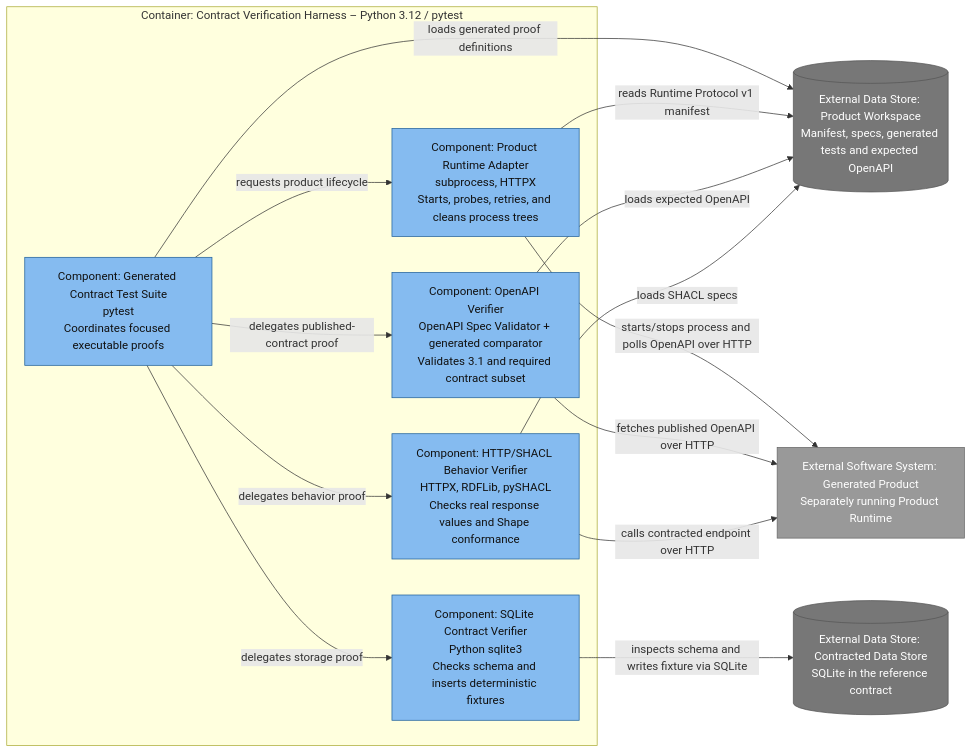
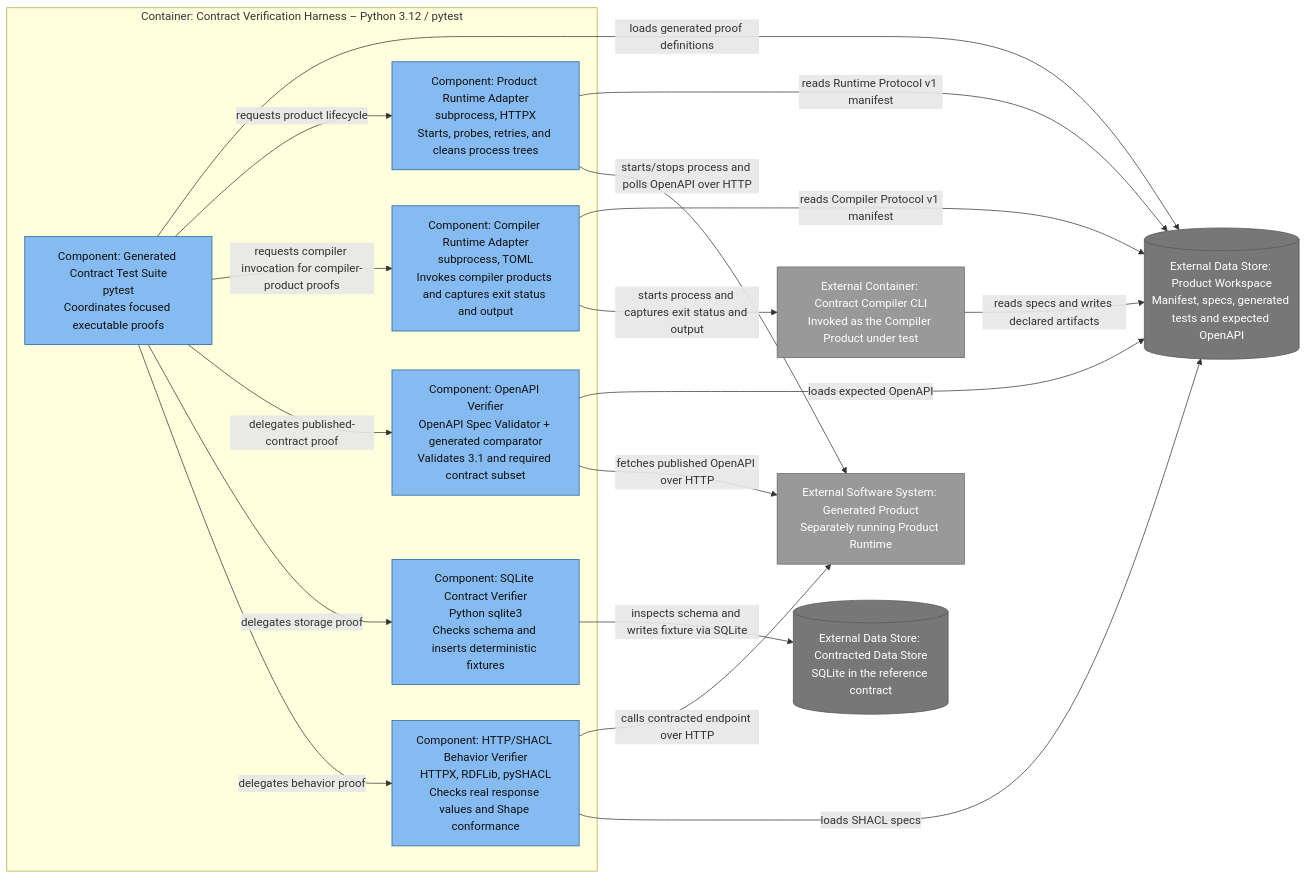
Before and after one commit to arturmiller/spec-compiler: the fifth of 5 diagrams in docs/architecture/c4.md, drawn with Mermaid. The commit also changed other lines of this file and 19 other files, not shown here.

````diff
--- a/docs/architecture/c4.md
+++ b/docs/architecture/c4.md
@@ -203,34 +215,40 @@
 ```mermaid
 flowchart LR
     workspace[("External Data Store: Product Workspace<br/>Manifest, specs, generated tests and expected OpenAPI")]
     runtime["External Software System: Generated Product<br/>Separately running Product Runtime"]
+    compiler_product["External Container: Contract Compiler CLI<br/>Invoked as the Compiler Product under test"]
     database[("External Data Store: Contracted Data Store<br/>SQLite in the reference contract")]
 
     subgraph harness_boundary["Container: Contract Verification Harness – Python 3.12 / pytest"]
         suite["Component: Generated Contract Test Suite<br/>pytest<br/>Coordinates focused executable proofs"]
         adapter["Component: Product Runtime Adapter<br/>subprocess, HTTPX<br/>Starts, probes, retries, and cleans process trees"]
+        compiler_adapter["Component: Compiler Runtime Adapter<br/>subprocess, TOML<br/>Invokes compiler products and captures exit status and output"]
         api["Component: OpenAPI Verifier<br/>OpenAPI Spec Validator + generated comparator<br/>Validates 3.1 and required contract subset"]
         sql["Component: SQLite Contract Verifier<br/>Python sqlite3<br/>Checks schema and inserts deterministic fixtures"]
         behavior["Component: HTTP/SHACL Behavior Verifier<br/>HTTPX, RDFLib, pySHACL<br/>Checks real response values and Shape conformance"]
     end
 
     suite -->|"loads generated proof definitions"| workspace
     suite -->|"requests product lifecycle"| adapter
     adapter -->|"reads Runtime Protocol v1 manifest"| workspace
     adapter -->|"starts/stops process and polls OpenAPI over HTTP"| runtime
+    suite -->|"requests compiler invocation for compiler-product proofs"| compiler_adapter
+    compiler_adapter -->|"reads Compiler Protocol v1 manifest"| workspace
+    compiler_adapter -->|"starts process and captures exit status and output"| compiler_product
+    compiler_product -->|"reads specs and writes declared artifacts"| workspace
     suite -->|"delegates published-contract proof"| api
     api -->|"loads expected OpenAPI"| workspace
     api -->|"fetches published OpenAPI over HTTP"| runtime
     suite -->|"delegates storage proof"| sql
     sql -->|"inspects schema and writes fixture via SQLite"| database
     suite -->|"delegates behavior proof"| behavior
     behavior -->|"calls contracted endpoint over HTTP"| runtime
     behavior -->|"loads SHACL specs"| workspace
 
     classDef component fill:#85bbf0,stroke:#1f5f99,color:#111;
     classDef external fill:#999,stroke:#666,color:#fff;
     classDef datastore fill:#777,stroke:#555,color:#fff;
-    class suite,adapter,api,sql,behavior component;
-    class runtime external;
+    class suite,adapter,compiler_adapter,api,sql,behavior component;
+    class runtime,compiler_product external;
     class workspace,database datastore;
 ```
````
